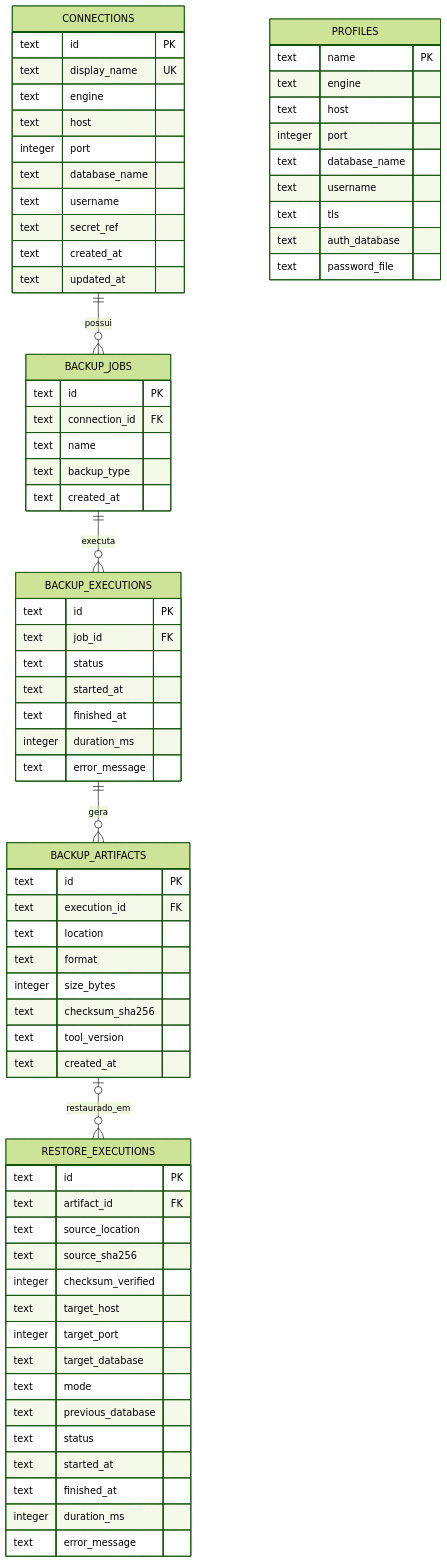
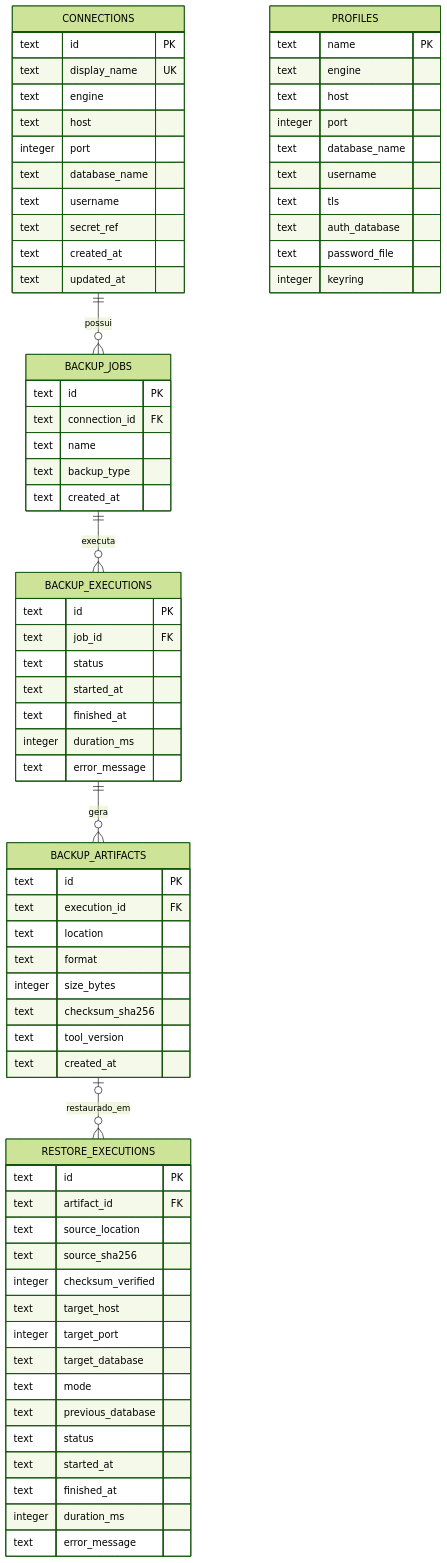
The diagram in docs/diagramas/modelo-de-dados.md (aqu1no1/database-backup-utility), drawn with Mermaid (forest theme) before and after one commit. The commit also changed other lines of this file and 4 other files, not shown here.

````diff
--- a/docs/diagramas/modelo-de-dados.md
+++ b/docs/diagramas/modelo-de-dados.md
@@ -6,73 +6,74 @@
 ```mermaid
 erDiagram
     CONNECTIONS ||--o{ BACKUP_JOBS : possui
     BACKUP_JOBS ||--o{ BACKUP_EXECUTIONS : executa
     BACKUP_EXECUTIONS ||--o{ BACKUP_ARTIFACTS : gera
     BACKUP_ARTIFACTS |o--o{ RESTORE_EXECUTIONS : restaurado_em
     CONNECTIONS {
         text id PK
         text display_name UK
         text engine
         text host
         integer port
         text database_name
         text username
         text secret_ref
         text created_at
         text updated_at
     }
     BACKUP_JOBS {
         text id PK
         text connection_id FK
         text name
         text backup_type
         text created_at
     }
     BACKUP_EXECUTIONS {
         text id PK
         text job_id FK
         text status
         text started_at
         text finished_at
         integer duration_ms
         text error_message
     }
     BACKUP_ARTIFACTS {
         text id PK
         text execution_id FK
         text location
         text format
         integer size_bytes
         text checksum_sha256
         text tool_version
         text created_at
     }
     RESTORE_EXECUTIONS {
         text id PK
         text artifact_id FK
         text source_location
         text source_sha256
         integer checksum_verified
         text target_host
         integer target_port
         text target_database
         text mode
         text previous_database
         text status
         text started_at
         text finished_at
         integer duration_ms
         text error_message
     }
     PROFILES {
         text name PK
         text engine
         text host
         integer port
         text database_name
         text username
         text tls
         text auth_database
         text password_file
+        integer keyring
     }
 ```
````
